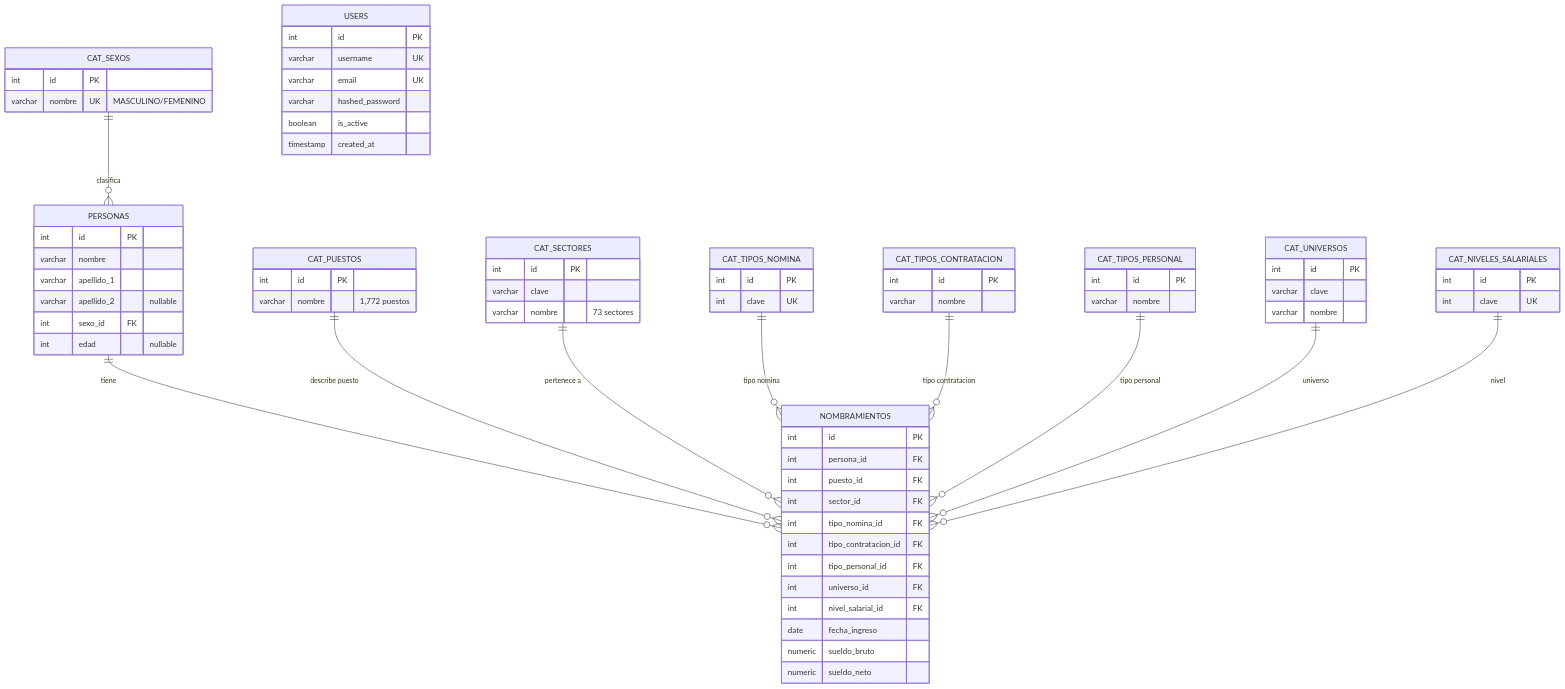
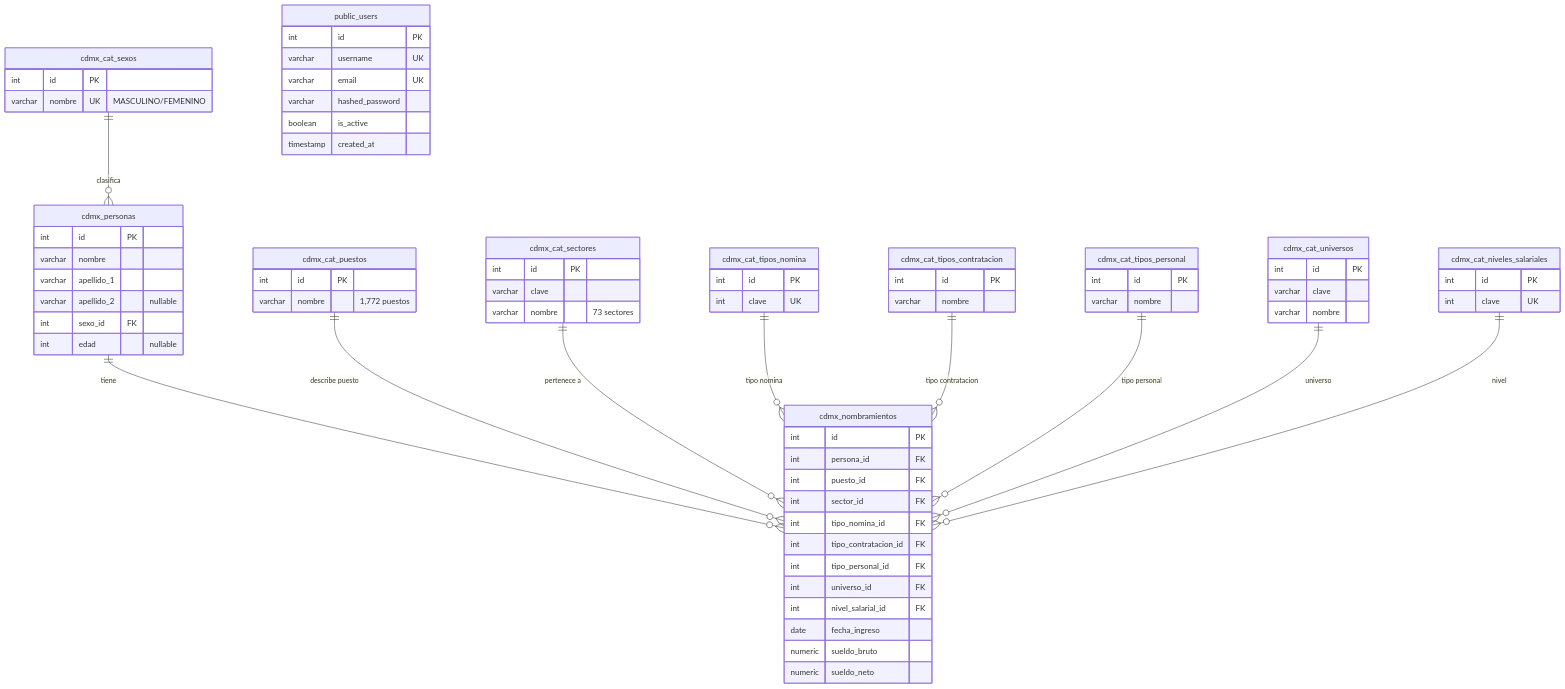
The diagram in api/docs/er-diagram.md (DabtcAvila/datos-itam), drawn with Mermaid before and after one commit. The commit also changed other lines of this file and 4 other files, not shown here.

First line of the commit message:
refactor(db): move CDMX dataset into schema `cdmx`

````diff
--- a/api/docs/er-diagram.md
+++ b/api/docs/er-diagram.md
@@ -11,16 +16,16 @@
 ```mermaid
 erDiagram
-    PERSONAS ||--o{ NOMBRAMIENTOS : "tiene"
-    CAT_SEXOS ||--o{ PERSONAS : "clasifica"
-    CAT_PUESTOS ||--o{ NOMBRAMIENTOS : "describe puesto"
-    CAT_SECTORES ||--o{ NOMBRAMIENTOS : "pertenece a"
-    CAT_TIPOS_NOMINA ||--o{ NOMBRAMIENTOS : "tipo nomina"
-    CAT_TIPOS_CONTRATACION ||--o{ NOMBRAMIENTOS : "tipo contratacion"
-    CAT_TIPOS_PERSONAL ||--o{ NOMBRAMIENTOS : "tipo personal"
-    CAT_UNIVERSOS ||--o{ NOMBRAMIENTOS : "universo"
-    CAT_NIVELES_SALARIALES ||--o{ NOMBRAMIENTOS : "nivel"
+    cdmx_personas ||--o{ cdmx_nombramientos : "tiene"
+    cdmx_cat_sexos ||--o{ cdmx_personas : "clasifica"
+    cdmx_cat_puestos ||--o{ cdmx_nombramientos : "describe puesto"
+    cdmx_cat_sectores ||--o{ cdmx_nombramientos : "pertenece a"
+    cdmx_cat_tipos_nomina ||--o{ cdmx_nombramientos : "tipo nomina"
+    cdmx_cat_tipos_contratacion ||--o{ cdmx_nombramientos : "tipo contratacion"
+    cdmx_cat_tipos_personal ||--o{ cdmx_nombramientos : "tipo personal"
+    cdmx_cat_universos ||--o{ cdmx_nombramientos : "universo"
+    cdmx_cat_niveles_salariales ||--o{ cdmx_nombramientos : "nivel"
 
-    PERSONAS {
+    cdmx_personas {
         int id PK
         varchar nombre
         varchar apellido_1
@@ -29,7 +34,7 @@
         int edad "nullable"
     }
 
-    NOMBRAMIENTOS {
+    cdmx_nombramientos {
         int id PK
         int persona_id FK
         int puesto_id FK
@@ -44,49 +49,49 @@
         numeric sueldo_neto
     }
 
-    CAT_SEXOS {
+    cdmx_cat_sexos {
         int id PK
         varchar nombre UK "MASCULINO/FEMENINO"
     }
 
-    CAT_PUESTOS {
+    cdmx_cat_puestos {
         int id PK
         varchar nombre "1,772 puestos"
     }
 
-    CAT_SECTORES {
+    cdmx_cat_sectores {
         int id PK
         varchar clave
         varchar nombre "73 sectores"
     }
 
-    CAT_TIPOS_NOMINA {
+    cdmx_cat_tipos_nomina {
         int id PK
         int clave UK
     }
 
-    CAT_TIPOS_CONTRATACION {
+    cdmx_cat_tipos_contratacion {
         int id PK
         varchar nombre
     }
 
-    CAT_TIPOS_PERSONAL {
+    cdmx_cat_tipos_personal {
         int id PK
         varchar nombre
     }
 
-    CAT_UNIVERSOS {
+    cdmx_cat_universos {
         int id PK
         varchar clave
         varchar nombre
     }
 
-    CAT_NIVELES_SALARIALES {
+    cdmx_cat_niveles_salariales {
         int id PK
         int clave UK
     }
 
-    USERS {
+    public_users {
         int id PK
         varchar username UK
         varchar email UK
````
